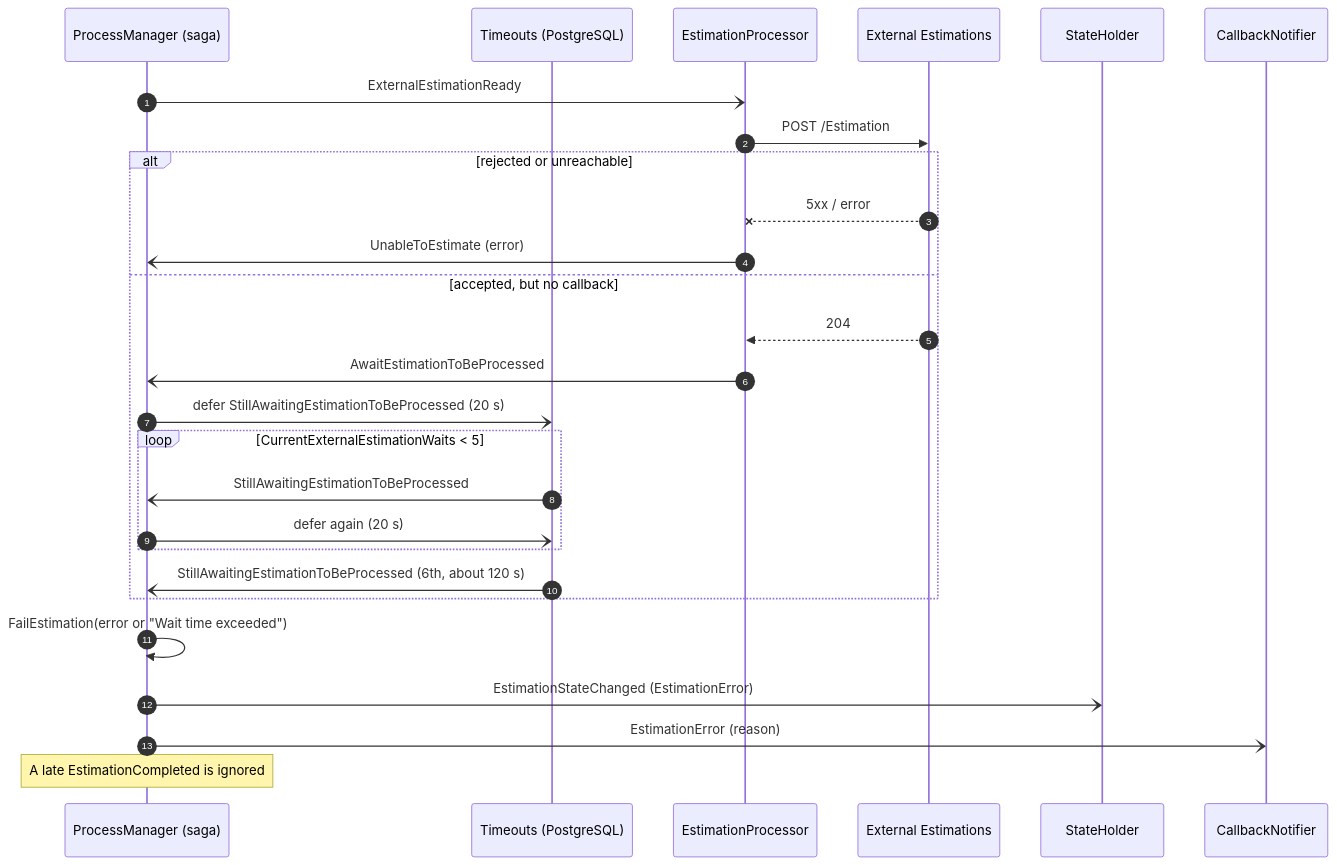
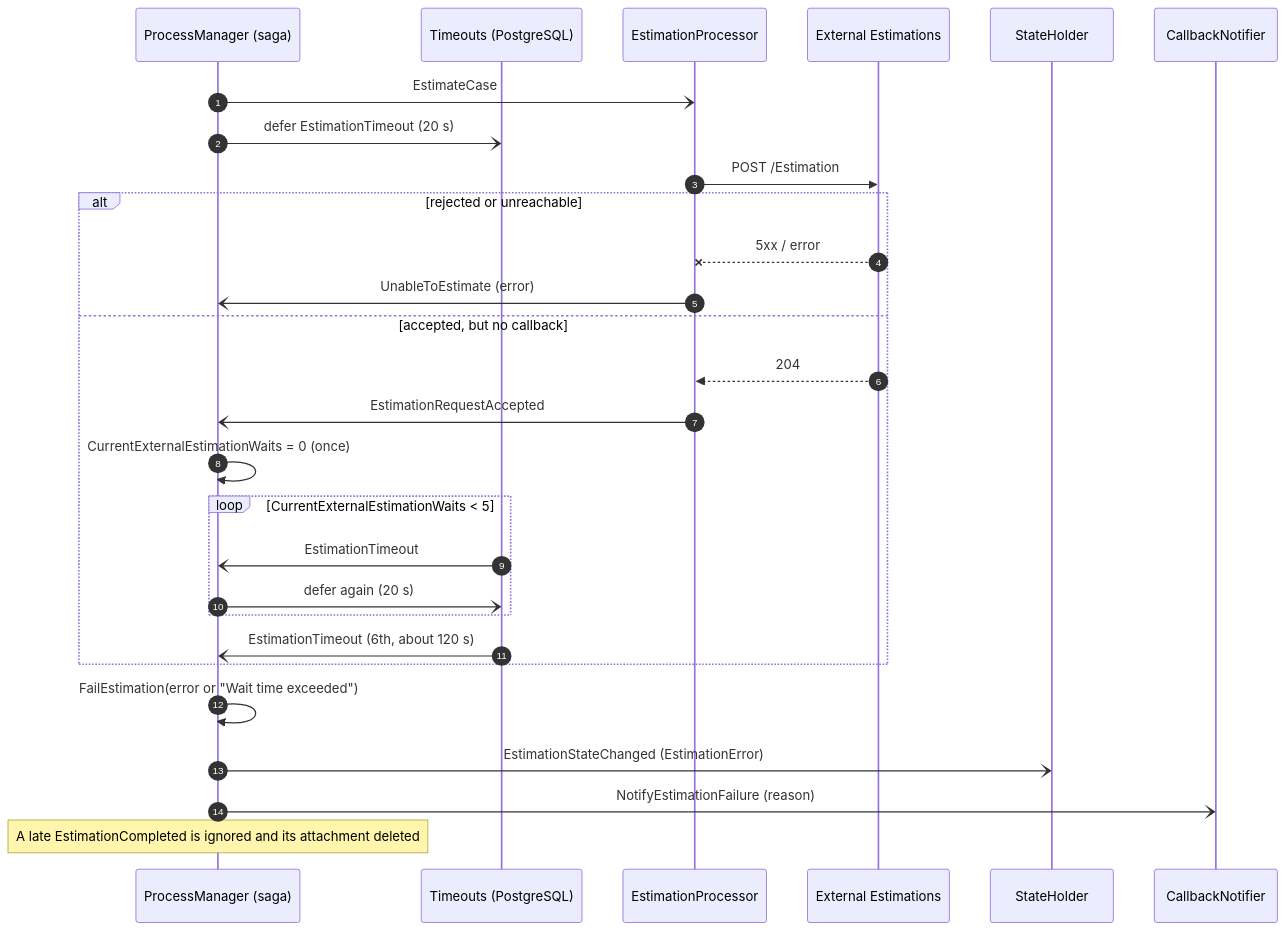
The eighth of 11 diagrams in docs/messages-flow.md (hbiarge/Estimations), drawn with Mermaid before and after one commit. The commit also changed other lines of this file and 106 other files, not shown here.

First line of the commit message:
Close dead ends in the message flows

````diff
--- a/docs/messages-flow.md
+++ b/docs/messages-flow.md
@@ -303,30 +318,31 @@
 ```mermaid
 sequenceDiagram
     autonumber
     participant PM as ProcessManager (saga)
     participant T as Timeouts (PostgreSQL)
     participant EP as EstimationProcessor
     participant XE as External Estimations
     participant SH as StateHolder
     participant CN as CallbackNotifier
 
-    PM-)EP: ExternalEstimationReady
+    PM-)EP: EstimateCase
+    PM-)T: defer EstimationTimeout (20 s)
     EP->>XE: POST /Estimation
     alt rejected or unreachable
         XE--xEP: 5xx / error
         EP-)PM: UnableToEstimate (error)
     else accepted, but no callback
         XE-->>EP: 204
-        EP-)PM: AwaitEstimationToBeProcessed
-        PM-)T: defer StillAwaitingEstimationToBeProcessed (20 s)
+        EP-)PM: EstimationRequestAccepted
+        PM->>PM: CurrentExternalEstimationWaits = 0 (once)
         loop CurrentExternalEstimationWaits < 5
-            T-)PM: StillAwaitingEstimationToBeProcessed
+            T-)PM: EstimationTimeout
             PM-)T: defer again (20 s)
         end
-        T-)PM: StillAwaitingEstimationToBeProcessed (6th, about 120 s)
+        T-)PM: EstimationTimeout (6th, about 120 s)
     end
     PM->>PM: FailEstimation(error or "Wait time exceeded")
     PM-)SH: EstimationStateChanged (EstimationError)
-    PM-)CN: EstimationError (reason)
-    Note over PM: A late EstimationCompleted is ignored
+    PM-)CN: NotifyEstimationFailure (reason)
+    Note over PM: A late EstimationCompleted is ignored and its attachment deleted
 ```
````
